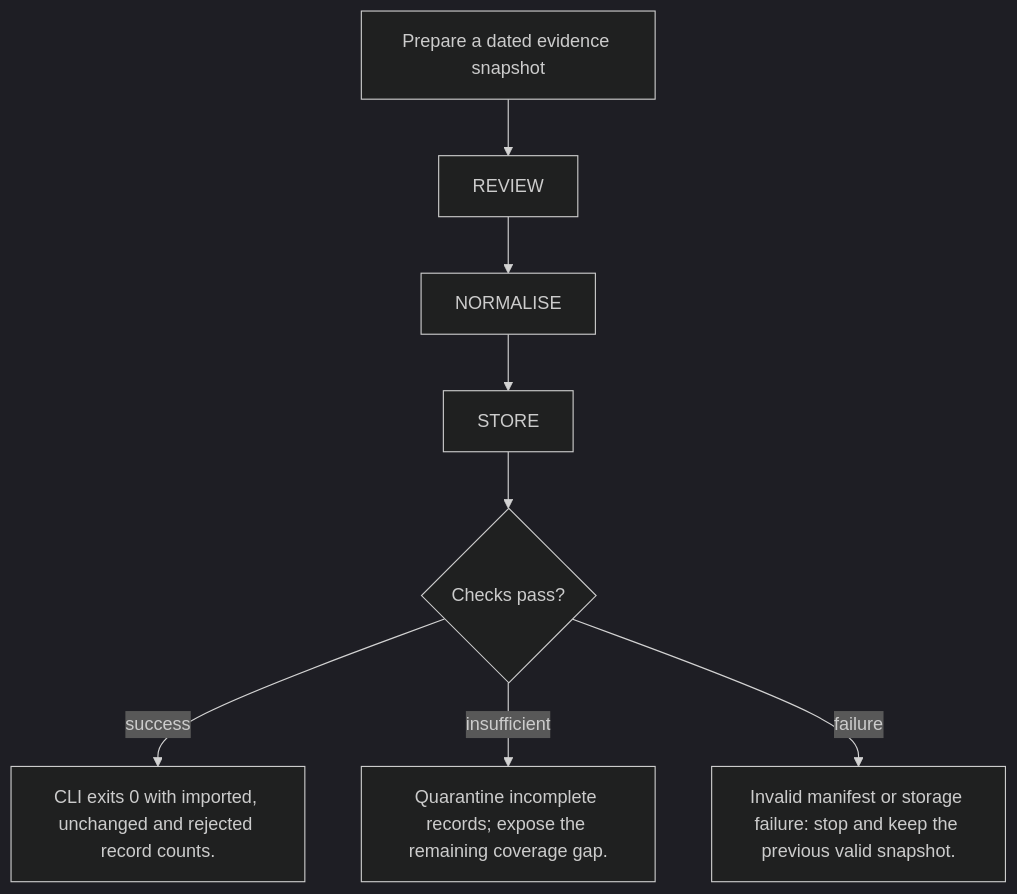
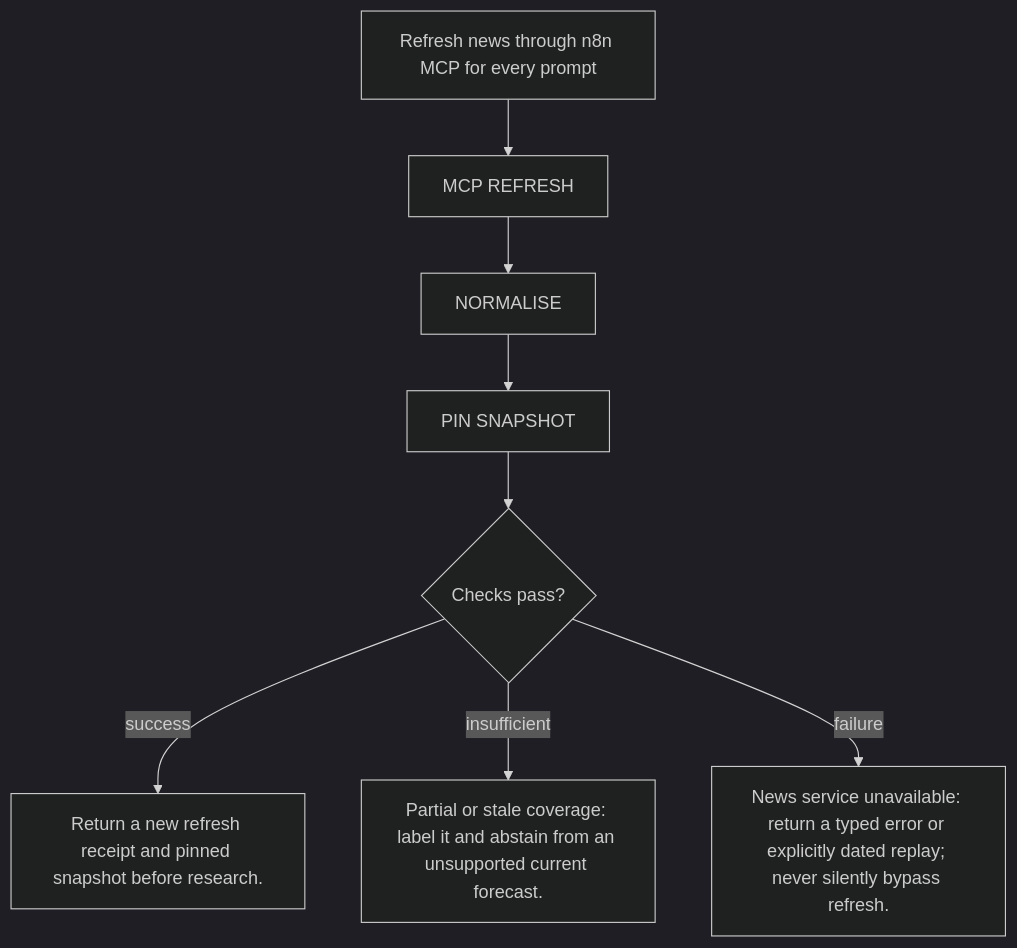
One commit to ByronHo68/ai-learning-academy changed the second of 11 diagrams in public/downloads/financial-report-development-proposal.md. Above: the diagram before and after it, drawn with Mermaid (dark theme). The commit also changed other lines of this file and 36 other files, not shown here.

Commit message:
Add measured news research design, observability and evaluation evidence

````diff
--- a/public/downloads/financial-report-development-proposal.md
+++ b/public/downloads/financial-report-development-proposal.md
@@ -433,14 +571,14 @@
 ```mermaid
 flowchart TD
-  input["Prepare a dated evidence snapshot"]
-  s0["REVIEW"]
+  input["Refresh news through n8n MCP for every prompt"]
+  s0["MCP REFRESH"]
   input --> s0
   s1["NORMALISE"]
   s0 --> s1
-  s2["STORE"]
+  s2["PIN SNAPSHOT"]
   s1 --> s2
   s2 --> check{Checks pass?}
-  check -->|success| b0["CLI exits 0 with imported, unchanged and rejected record counts."]
-  check -->|insufficient| b1["Quarantine incomplete records; expose the remaining coverage gap."]
-  check -->|failure| b2["Invalid manifest or storage failure: stop and keep the previous valid snapshot."]
+  check -->|success| b0["Return a new refresh receipt and pinned snapshot before research."]
+  check -->|insufficient| b1["Partial or stale coverage: label it and abstain from an unsupported current forecast."]
+  check -->|failure| b2["News service unavailable: return a typed error or explicitly dated replay; never silently bypass refresh."]
 ```
````
